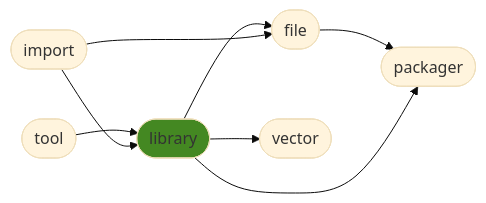
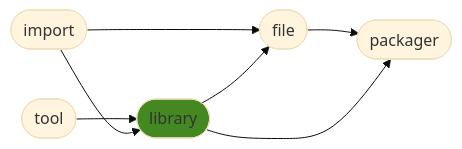
The diagram in README.md (ManderaGeneral/generallibrary), drawn with Mermaid (base theme) before and after one commit. The commit also changed other lines of this file and 1 other file, not shown here.

Commit message:
[CI AUTO] Sync triggered by generalpackager

````diff
--- a/README.md
+++ b/README.md
@@ -24,17 +24,15 @@
 ```mermaid
 flowchart LR
-2([library]) --> 4([vector])
+0([import]) --> 3([file])
+3([file]) --> 4([packager])
 1([tool]) --> 2([library])
-3([file]) --> 5([packager])
+0([import]) --> 2([library])
+2([library]) --> 4([packager])
 2([library]) --> 3([file])
-0([import]) --> 2([library])
-0([import]) --> 3([file])
-2([library]) --> 5([packager])
 click 0 "https://github.com/ManderaGeneral/generalimport"
 click 1 "https://github.com/ManderaGeneral/generaltool"
 click 2 "https://github.com/ManderaGeneral/generallibrary"
 click 3 "https://github.com/ManderaGeneral/generalfile"
-click 4 "https://github.com/ManderaGeneral/generalvector"
-click 5 "https://github.com/ManderaGeneral/generalpackager"
+click 4 "https://github.com/ManderaGeneral/generalpackager"
 style 2 fill:#482
 ```
````
